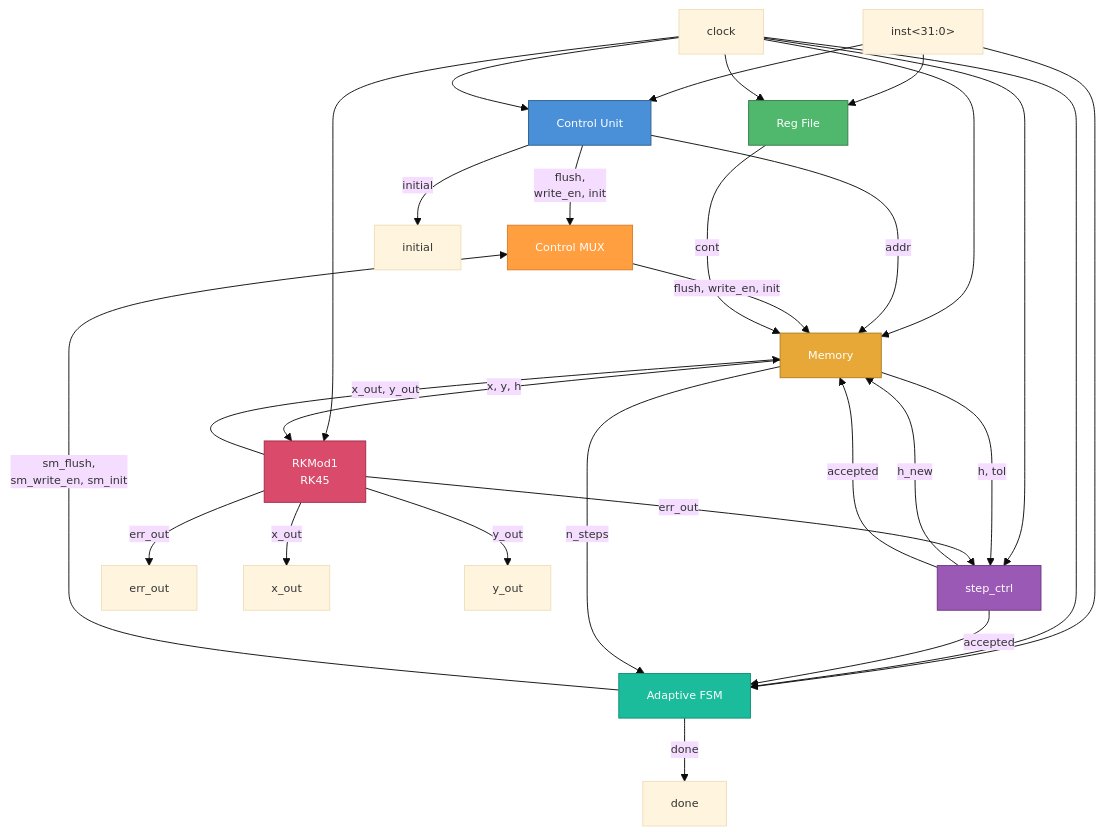
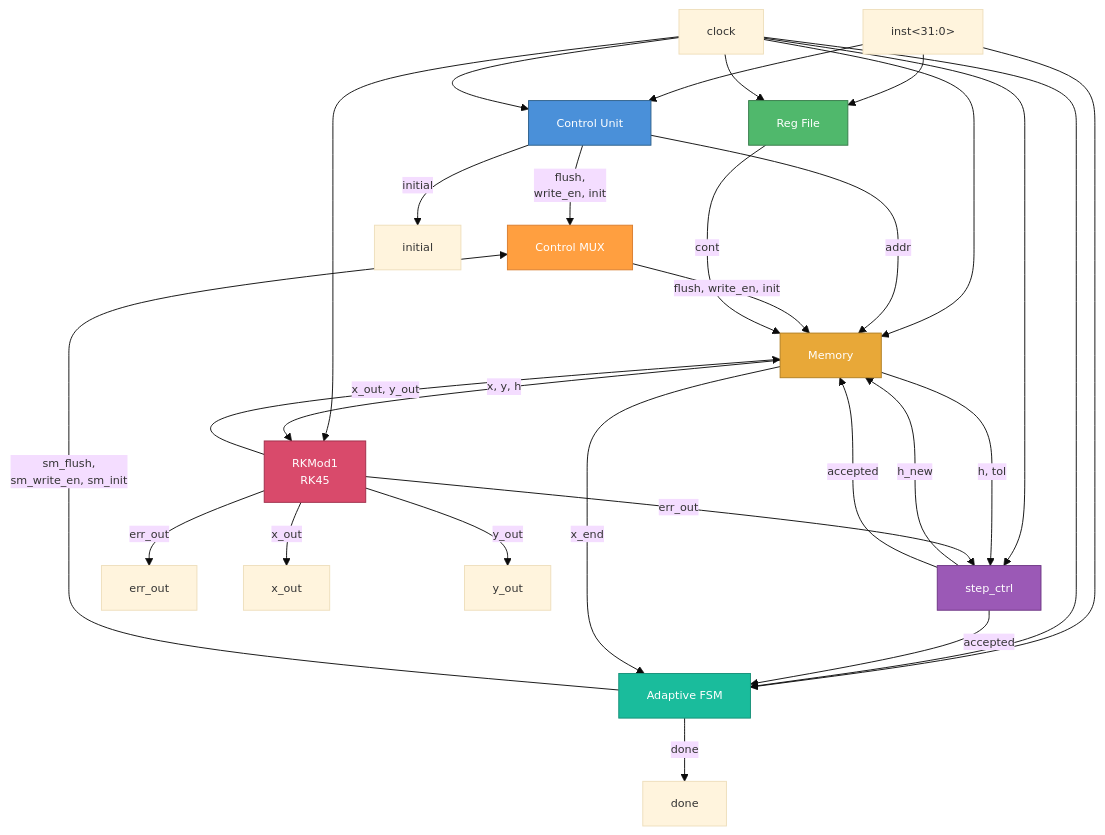
Before and after one commit to Dan2100/Runge-Kutta-45: the diagram in top_level_block_diagram.mmd, drawn with Mermaid. The commit also changed 57 other files, not shown here.

```diff
--- a/top_level_block_diagram.mmd
+++ b/top_level_block_diagram.mmd
@@ -1,48 +1,48 @@
 %%{ init: { 'theme': 'base', 'themeVariables': { 'fontSize': '12px' } } }%%
 graph TB
     INST["inst<31:0>"]
     CLK["clock"]
     
     INST --> CTRL["Control Unit"]
     INST --> REG["Reg File"]
     INST --> FSM["Adaptive FSM"]
     CLK --> CTRL
     CLK --> REG
     CLK --> MEM["Memory"]
     CLK --> RK["RKMod1<br/>RK45"]
     CLK --> SC["step_ctrl"]
     CLK --> FSM
     
     CTRL -->|flush,<br/>write_en, init| MUX["Control MUX"]
     FSM -->|sm_flush,<br/>sm_write_en, sm_init| MUX
     CTRL -->|addr| MEM
     
     MUX -->|flush, write_en, init| MEM
     REG -->|cont| MEM
     
     MEM -->|x, y, h| RK
     MEM -->|h, tol| SC
     
     RK -->|x_out, y_out| MEM
     RK -->|err_out| SC
     RK -->|err_out| ERROUT["err_out"]
     
     SC -->|h_new| MEM
     SC -->|accepted| MEM
     SC -->|accepted| FSM
     
-    MEM -->|n_steps| FSM
+    MEM -->|x_end| FSM
     
     RK -->|x_out| XOUT["x_out"]
     RK -->|y_out| YOUT["y_out"]
     
     FSM -->|done| DONEOUT["done"]
     CTRL -->|initial| INITOUT["initial"]
     
     style CTRL fill:#4a90d9,stroke:#2c5f8a,color:#fff
     style REG fill:#50b86c,stroke:#357a48,color:#fff
     style MEM fill:#e8a838,stroke:#b07d20,color:#fff
     style RK fill:#d94a6b,stroke:#9e2d4a,color:#fff
     style SC fill:#9b59b6,stroke:#6c3483,color:#fff
     style FSM fill:#1abc9c,stroke:#148f77,color:#fff
     style MUX fill:#ff9f40,stroke:#d97d2e,color:#fff
```
